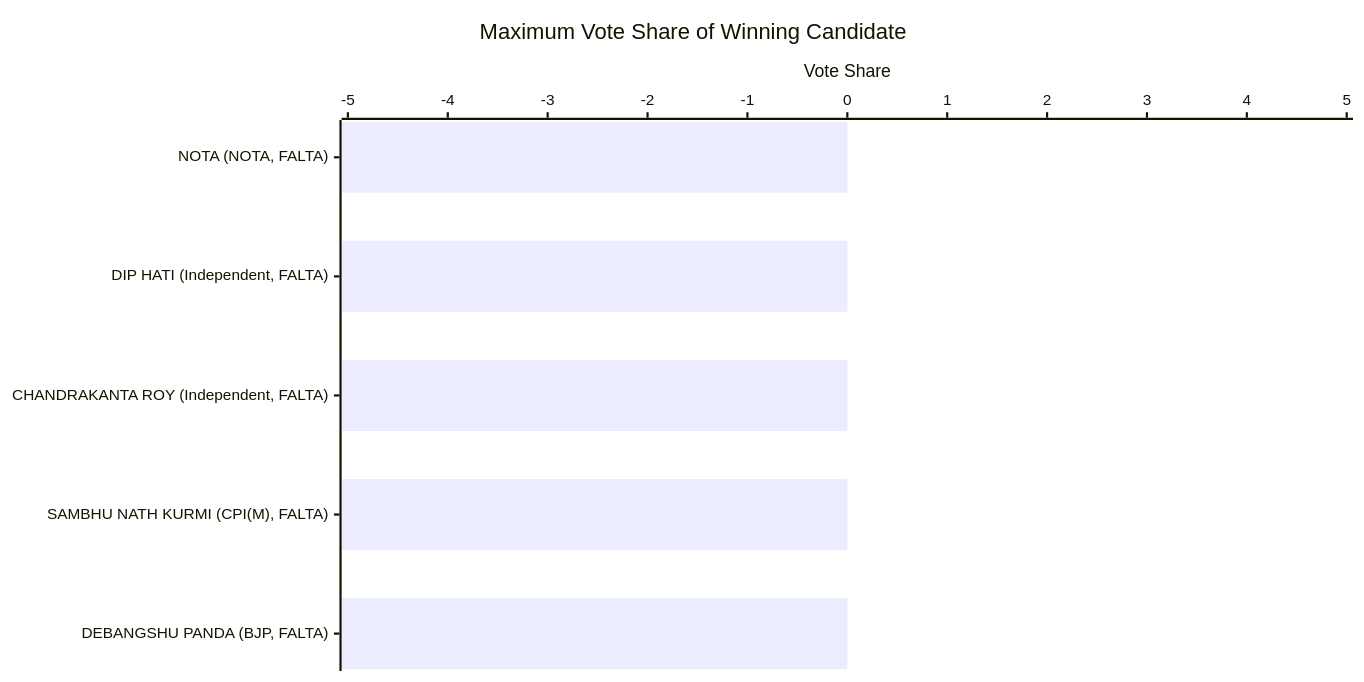
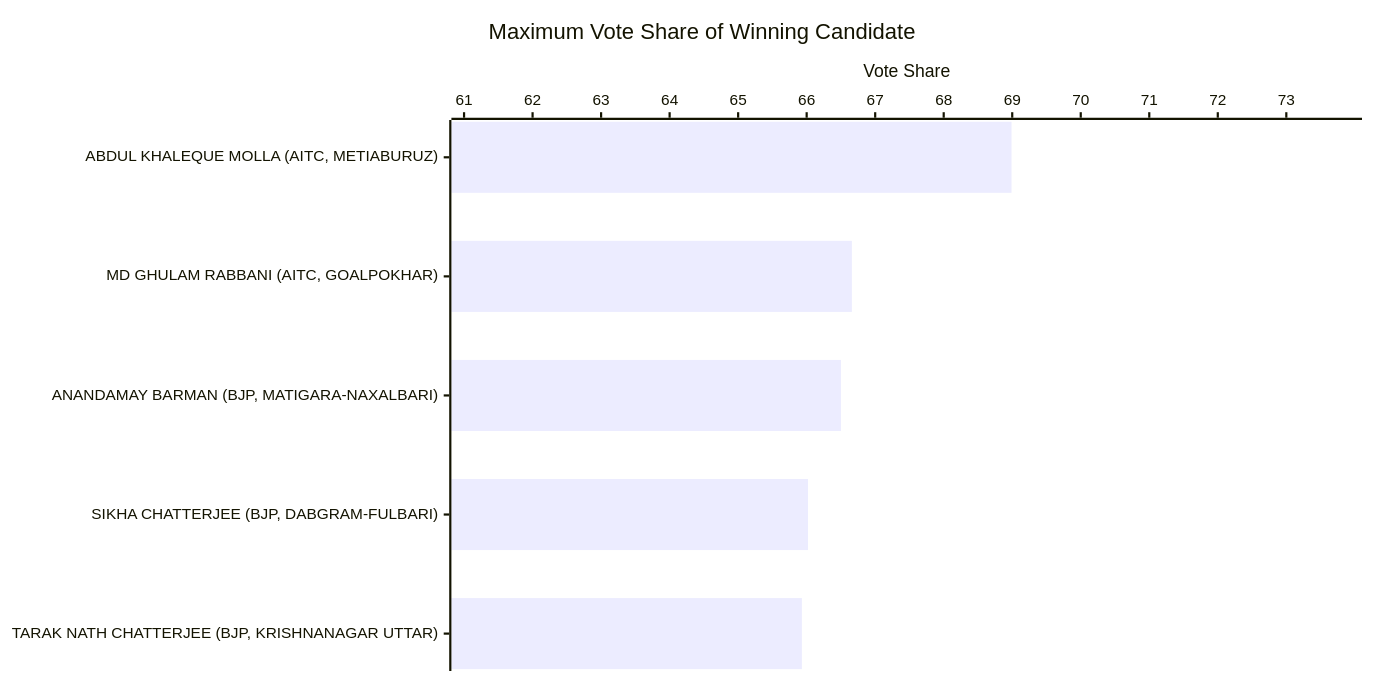
Before and after one commit to arjunswaj/elections: diagram 12 of 23 in result/WEST BENGAL/West Bengal-GRAPH.md, drawn with Mermaid. The commit also changed other lines of this file and 64 other files, not shown here.

````diff
--- a/result/WEST BENGAL/West Bengal-GRAPH.md
+++ b/result/WEST BENGAL/West Bengal-GRAPH.md
@@ -268,17 +269,17 @@
 ```mermaid
 ---
 config:
   xyChart:
     width: 1200
     height: 600
     chartOrientation: horizontal
   dataLabels:
     enabled: true
     placement: end
 ---
 xychart-beta
 title "Maximum Vote Share of Winning Candidate"
-x-axis ["NOTA (NOTA, FALTA)", "DIP HATI (Independent, FALTA)", "CHANDRAKANTA ROY (Independent, FALTA)", "SAMBHU NATH KURMI (CPI(M), FALTA)", "DEBANGSHU PANDA (BJP, FALTA)"]
-y-axis "Vote Share" -5 --> 5
-bar [0.00, 0.00, 0.00, 0.00, 0.00]
+x-axis ["ABDUL KHALEQUE MOLLA (AITC, METIABURUZ)", "MD GHULAM RABBANI (AITC, GOALPOKHAR)", "ANANDAMAY BARMAN (BJP, MATIGARA-NAXALBARI)", "SIKHA CHATTERJEE (BJP, DABGRAM-FULBARI)", "TARAK NATH CHATTERJEE (BJP, KRISHNANAGAR UTTAR)"]
+y-axis "Vote Share" 60.93 --> 73.99
+bar [68.99, 66.66, 66.50, 66.02, 65.93]
 ```
````
